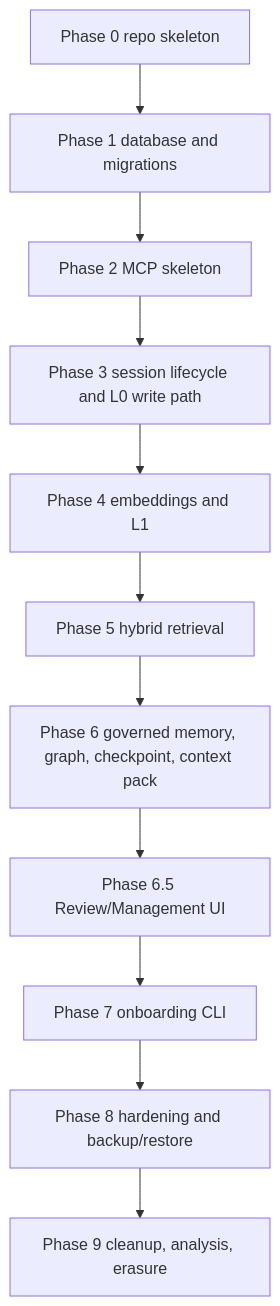
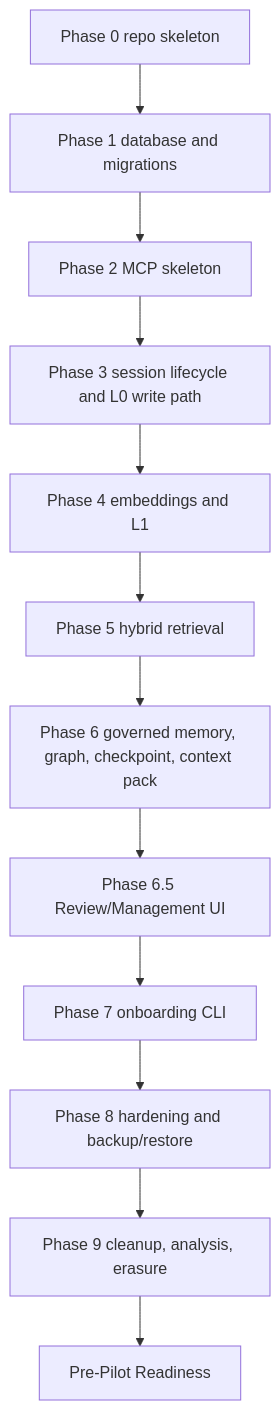
One commit to Mushkrot/Recallant changed the diagram in docs/TASK_GRAPH.md. Above: the diagram before and after it, drawn with Mermaid. The commit also changed other lines of this file and 15 other files, not shown here.

Commit message:
Add Pre-Pilot Readiness handoff plan

````diff
--- a/docs/TASK_GRAPH.md
+++ b/docs/TASK_GRAPH.md
@@ -5,16 +5,18 @@
 ```mermaid
 flowchart TD
   P0[Phase 0 repo skeleton]
   P1[Phase 1 database and migrations]
   P2[Phase 2 MCP skeleton]
   P3[Phase 3 session lifecycle and L0 write path]
   P4[Phase 4 embeddings and L1]
   P5[Phase 5 hybrid retrieval]
   P6[Phase 6 governed memory, graph, checkpoint, context pack]
   P65[Phase 6.5 Review/Management UI]
   P7[Phase 7 onboarding CLI]
   P8[Phase 8 hardening and backup/restore]
   P9[Phase 9 cleanup, analysis, erasure]
+  PPR[Pre-Pilot Readiness]
 
   P0 --> P1 --> P2 --> P3 --> P4 --> P5 --> P6 --> P65 --> P7 --> P8 --> P9
+  P9 --> PPR
 ```
````
